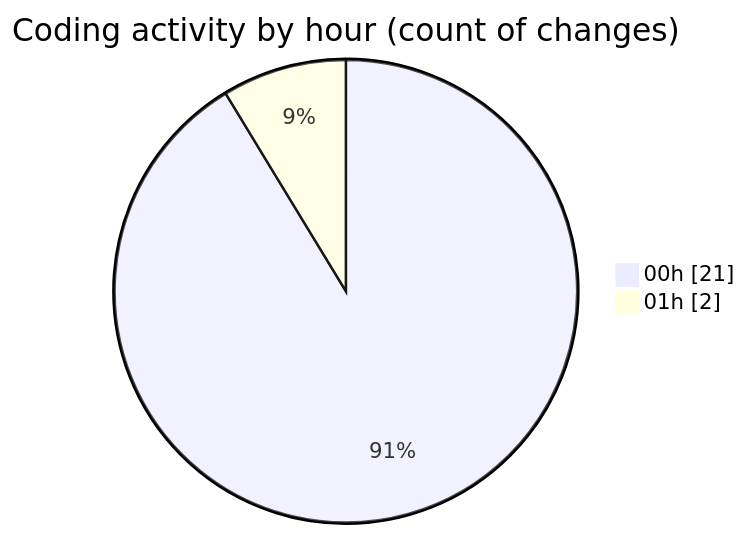
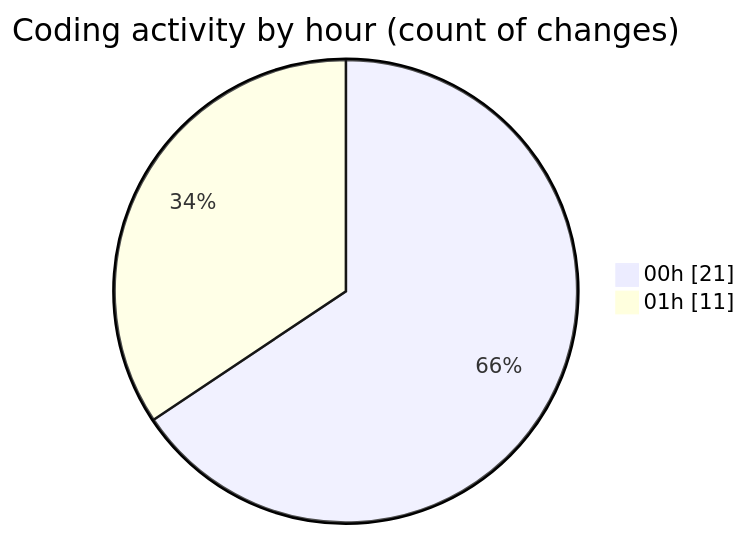
One commit to Ritupan-Deka/code-tracking changed the second of 2 diagrams in 2025-06-22/___base/README.md. Above: the diagram before and after it, drawn with Mermaid. The commit also changed other lines of this file and 1 other file, not shown here.

````diff
--- a/2025-06-22/___base/README.md
+++ b/2025-06-22/___base/README.md
@@ -30,6 +30,6 @@
 ```mermaid
 pie showData
 title Coding activity by hour (count of changes)
 "00h" : 21
-"01h" : 2
+"01h" : 11
 ```
````
